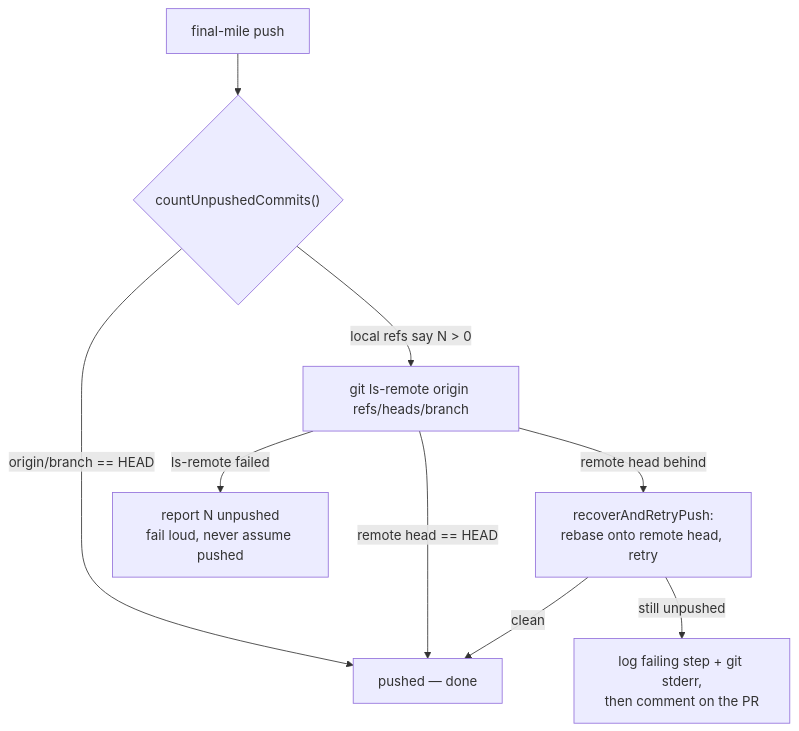
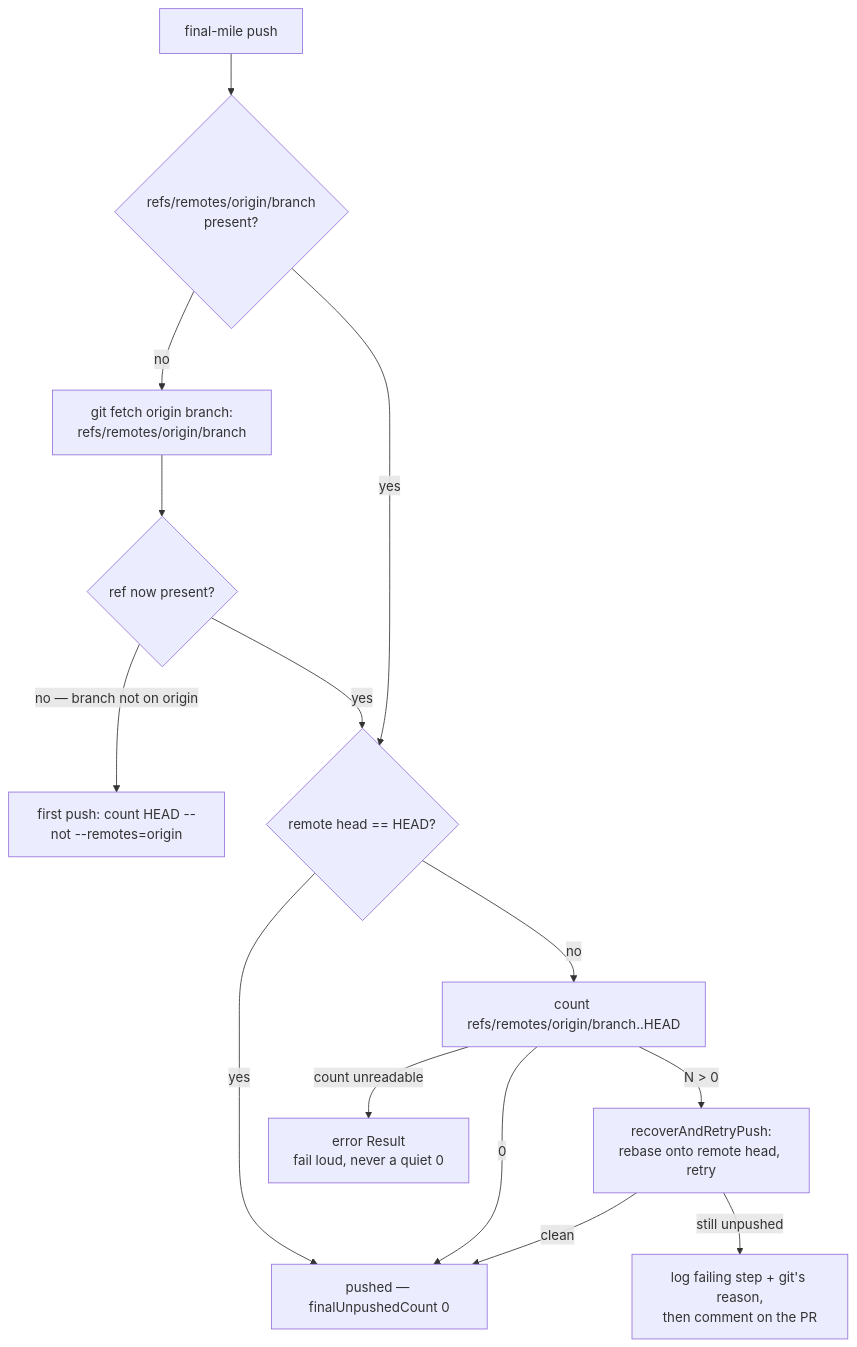
One commit to stSoftwareAU/VibeCoder changed the ninth of 17 diagrams in docs/INTERNALS.md. Above: the diagram before and after it, drawn with Mermaid. The commit also changed other lines of this file and 7 other files, not shown here.

First line of the commit message:
One remote-head alignment, not two (Issue #211)

````diff
--- a/docs/INTERNALS.md
+++ b/docs/INTERNALS.md
@@ -1220,11 +1222,16 @@
 ```mermaid
 flowchart TD
-    P[final-mile push] --> C{"countUnpushedCommits()"}
-    C -->|"origin/branch == HEAD"| Z[pushed — done]
-    C -->|"local refs say N > 0"| L[git ls-remote origin refs/heads/branch]
-    L -->|"remote head == HEAD"| Z
-    L -->|"remote head behind"| R[recoverAndRetryPush:<br/>rebase onto remote head, retry]
-    L -->|"ls-remote failed"| E[report N unpushed<br/>fail loud, never assume pushed]
+    P[final-mile push] --> T{"refs/remotes/origin/branch<br/>present?"}
+    T -->|no| FE[git fetch origin branch:<br/>refs/remotes/origin/branch]
+    FE --> T2{"ref now present?"}
+    T2 -->|"no — branch not on origin"| FP[first push: count HEAD --not --remotes=origin]
+    T2 -->|yes| C
+    T -->|yes| C{"remote head == HEAD?"}
+    C -->|yes| Z[pushed — finalUnpushedCount 0]
+    C -->|no| N["count refs/remotes/origin/branch..HEAD"]
+    N -->|"0"| Z
+    N -->|"N > 0"| R[recoverAndRetryPush:<br/>rebase onto remote head, retry]
+    N -->|"count unreadable"| E[error Result<br/>fail loud, never a quiet 0]
     R -->|clean| Z
-    R -->|"still unpushed"| F[log failing step + git stderr,<br/>then comment on the PR]
+    R -->|"still unpushed"| F[log failing step + git's reason,<br/>then comment on the PR]
 ```
````
